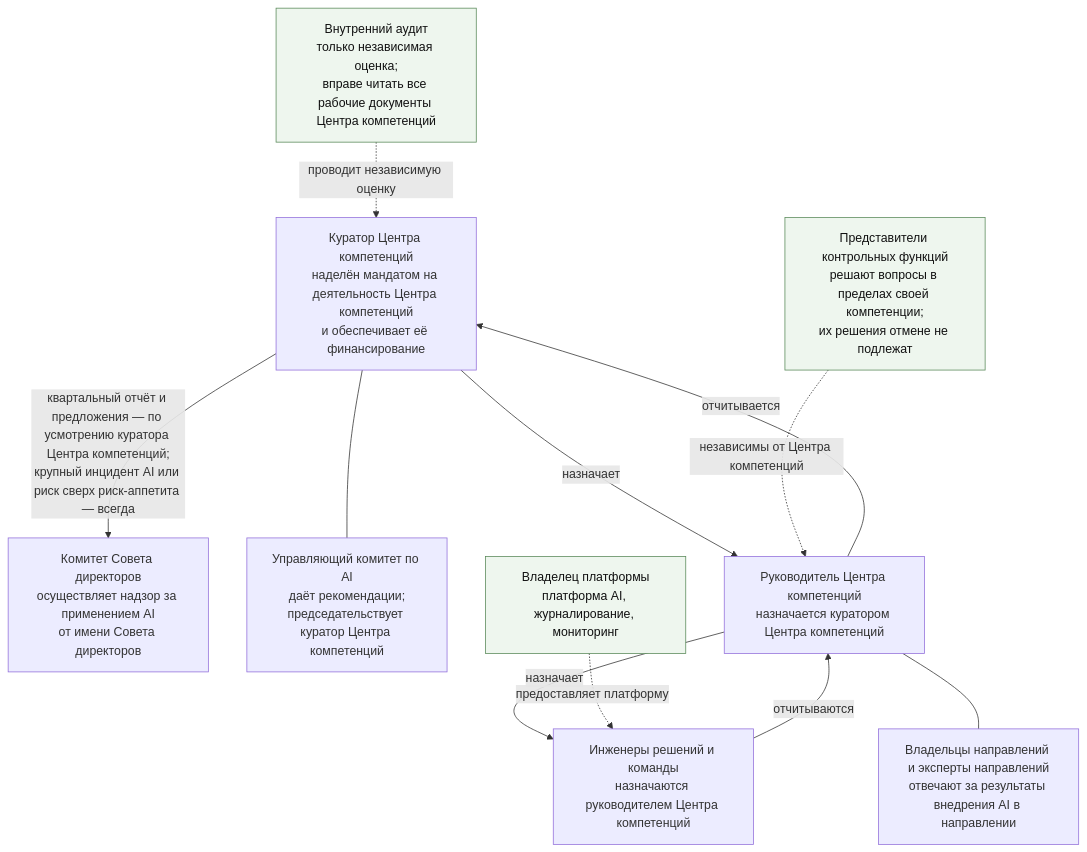
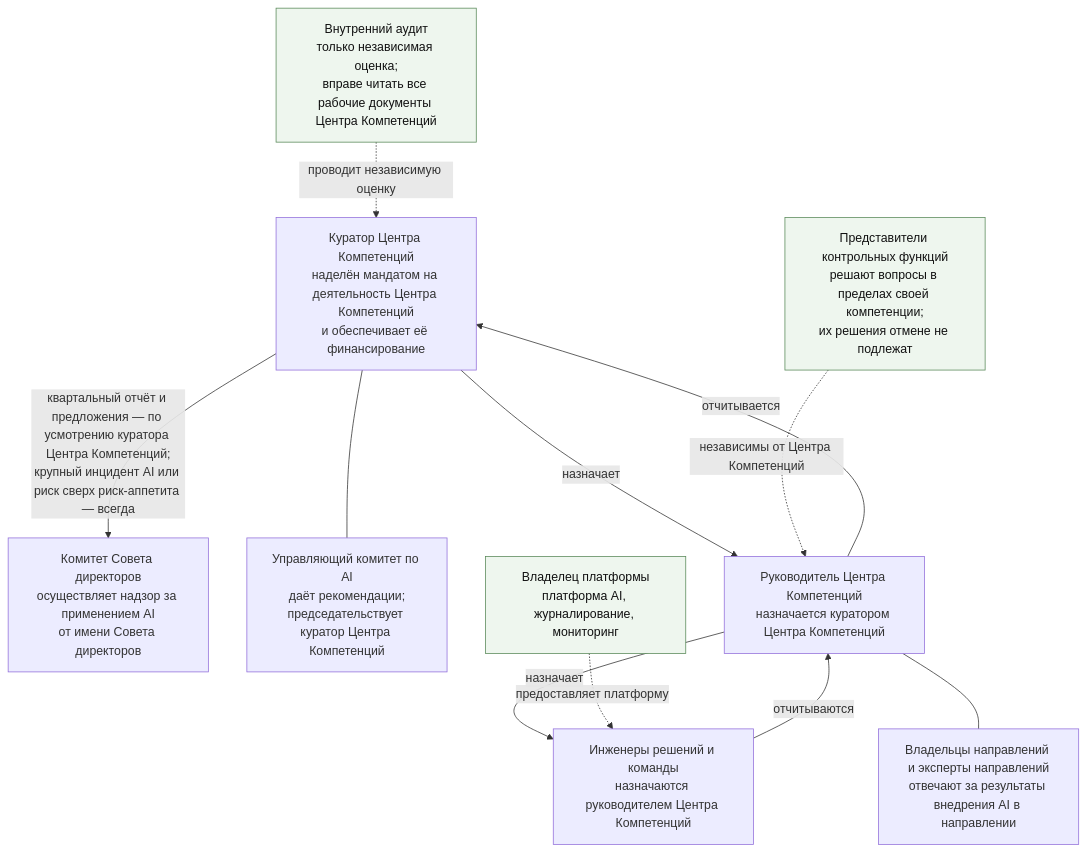
One commit to devhogu/ob-aicc changed the first of 3 diagrams in charter/ru/guides/unit-governance-guide.md. Above: the diagram before and after it, drawn with Mermaid. The commit also changed other lines of this file and 550 other files, not shown here.

````diff
--- a/charter/ru/guides/unit-governance-guide.md
+++ b/charter/ru/guides/unit-governance-guide.md
@@ -19,24 +19,24 @@
 ```mermaid
 flowchart TB
   BD["Комитет Совета директоров<br/>осуществляет надзор за применением AI<br/>от имени Совета директоров"]
-  ES["Куратор Центра компетенций<br/>наделён мандатом на деятельность Центра компетенций<br/>и обеспечивает её финансирование"]
-  AS["Управляющий комитет по AI<br/>даёт рекомендации;<br/>председательствует куратор Центра компетенций"]
-  AL["Руководитель Центра компетенций<br/>назначается куратором Центра компетенций"]
-  TM["Инженеры решений и команды<br/>назначаются руководителем Центра компетенций"]
+  ES["Куратор Центра Компетенций<br/>наделён мандатом на деятельность Центра Компетенций<br/>и обеспечивает её финансирование"]
+  AS["Управляющий комитет по AI<br/>даёт рекомендации;<br/>председательствует куратор Центра Компетенций"]
+  AL["Руководитель Центра Компетенций<br/>назначается куратором Центра Компетенций"]
+  TM["Инженеры решений и команды<br/>назначаются руководителем Центра Компетенций"]
   DO["Владельцы направлений и эксперты направлений<br/>отвечают за результаты внедрения AI в направлении"]
   CF["Представители контрольных функций<br/>решают вопросы в пределах своей компетенции;<br/>их решения отмене не подлежат"]
   PO["Владелец платформы<br/>платформа AI, журналирование, мониторинг"]
-  IA["Внутренний аудит<br/>только независимая оценка;<br/>вправе читать все рабочие документы Центра компетенций"]
+  IA["Внутренний аудит<br/>только независимая оценка;<br/>вправе читать все рабочие документы Центра Компетенций"]
   ES -->|"назначает"| AL
   ES --- AS
   AL -->|"назначает"| TM
   AL --- DO
   TM -->|"отчитываются"| AL
   AL -->|"отчитывается"| ES
-  ES -->|"квартальный отчёт и предложения — по усмотрению куратора Центра компетенций;<br/>крупный инцидент AI или риск сверх риск-аппетита — всегда"| BD
-  CF -.->|"независимы от Центра компетенций"| AL
+  ES -->|"квартальный отчёт и предложения — по усмотрению куратора Центра Компетенций;<br/>крупный инцидент AI или риск сверх риск-аппетита — всегда"| BD
+  CF -.->|"независимы от Центра Компетенций"| AL
   PO -.->|"предоставляет платформу"| TM
   IA -.->|"проводит независимую оценку"| ES
   classDef ext fill:#eef6ee,stroke:#5a8a5a,color:#111
   class CF,PO,IA ext
 ```
````
